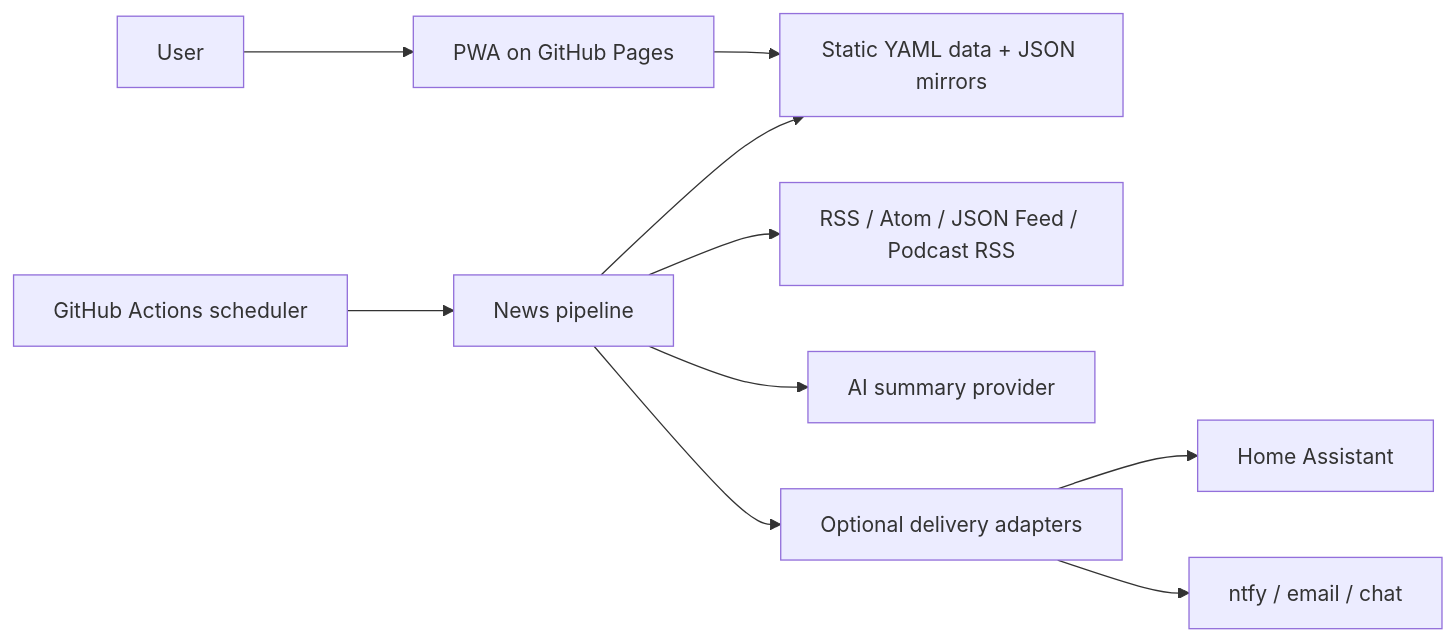
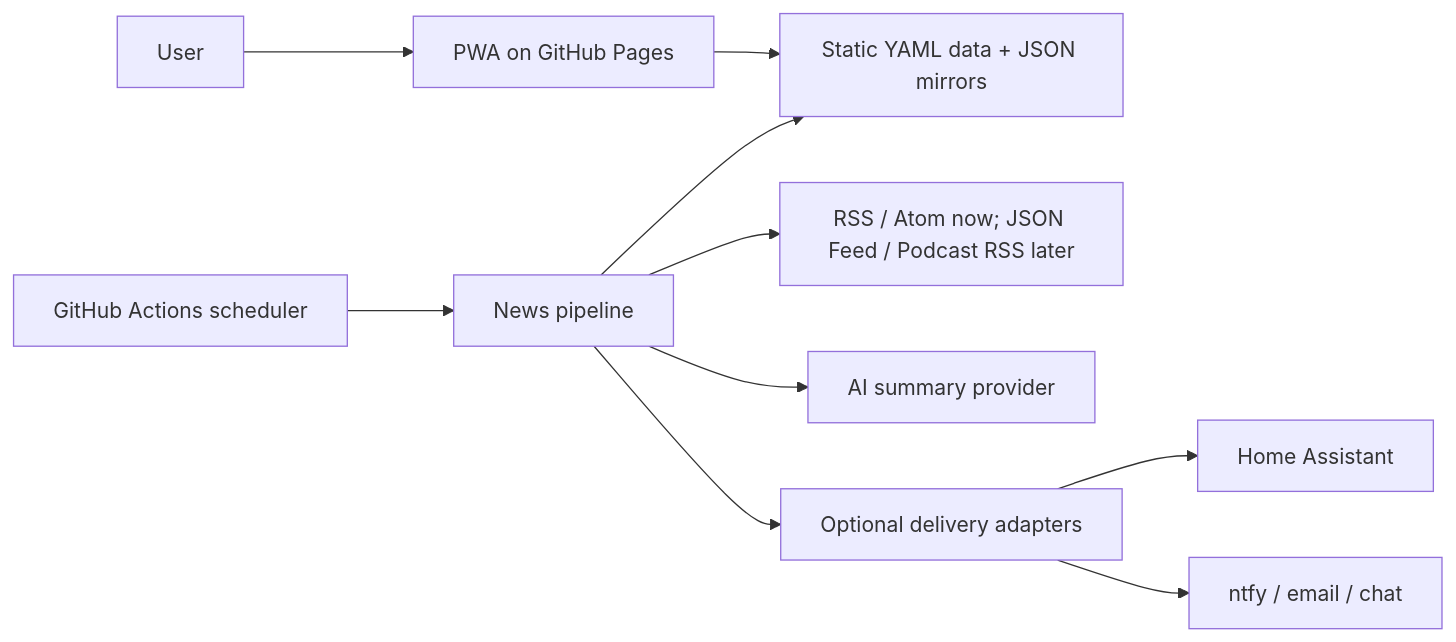
The first of 2 diagrams in docs/architecture.md (DevSecNinja/wazzup), drawn with Mermaid before and after one commit. The commit also changed other lines of this file and 7 other files, not shown here.

````diff
--- a/docs/architecture.md
+++ b/docs/architecture.md
@@ -17,12 +25,12 @@
 ```mermaid
 flowchart LR
     User[User] --> PWA[PWA on GitHub Pages]
     PWA --> StaticData[Static YAML data + JSON mirrors]
     Actions[GitHub Actions scheduler] --> Pipeline[News pipeline]
-    Pipeline --> Feeds[RSS / Atom / JSON Feed / Podcast RSS]
+    Pipeline --> Feeds[RSS / Atom now; JSON Feed / Podcast RSS later]
     Pipeline --> AI[AI summary provider]
     Pipeline --> StaticData
     Pipeline --> Delivery[Optional delivery adapters]
     Delivery --> HA[Home Assistant]
     Delivery --> Notify[ntfy / email / chat]
 ```
````
